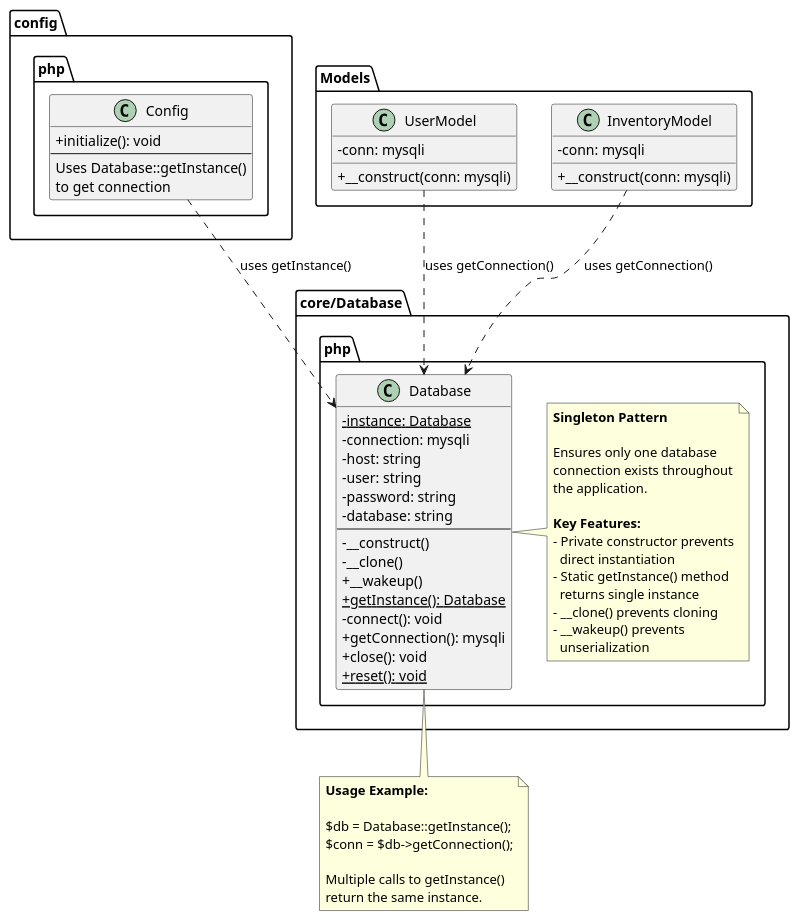
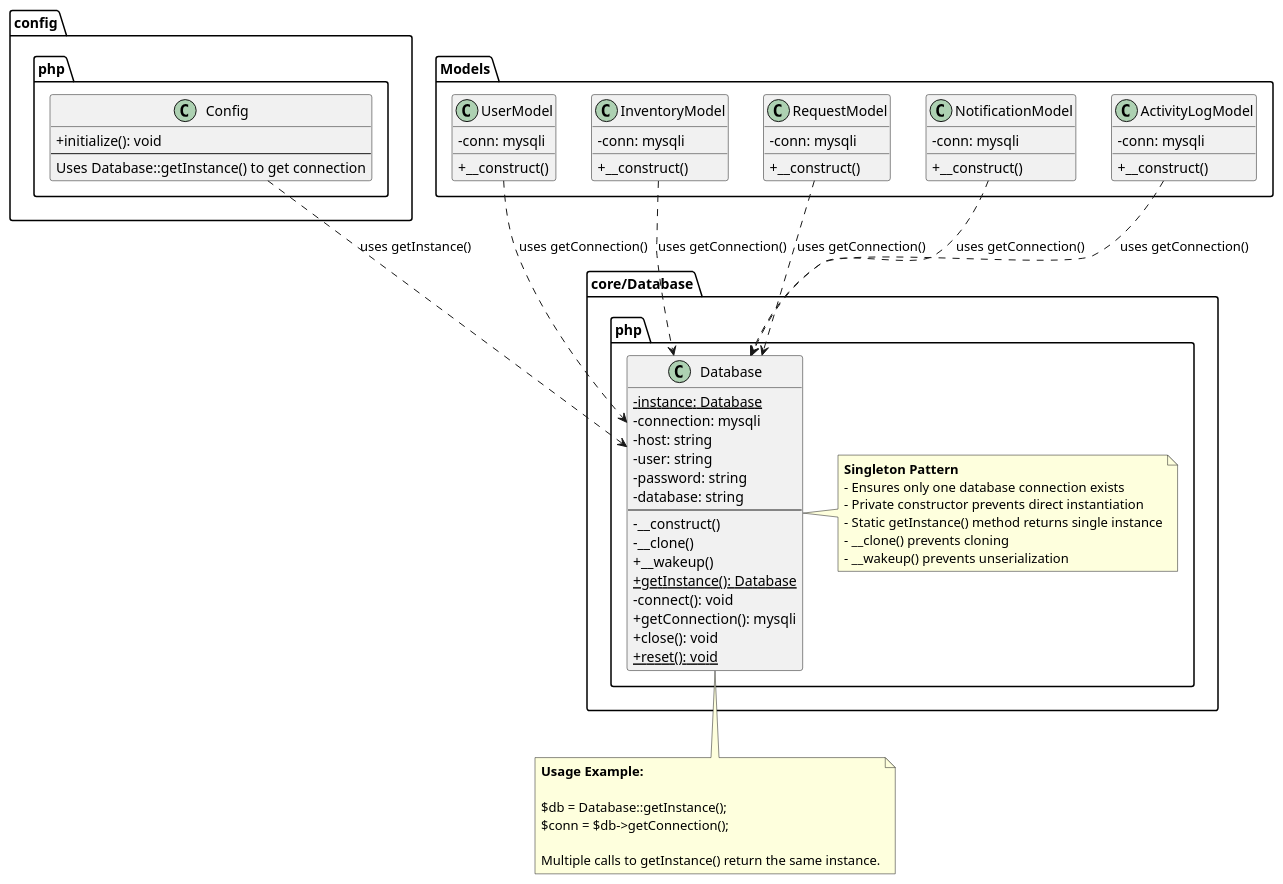
Before and after one commit to AliMoh407/SWE-Project-1: the diagram in uml/singleton_pattern.puml, drawn with PlantUML.

Commit message:
Singelton Model UML fix

```diff
--- a/uml/singleton_pattern.puml
+++ b/uml/singleton_pattern.puml
@@ -1,80 +1,97 @@
 @startuml Singleton Pattern - Database Connection
 
 skinparam classAttributeIconSize 0
 skinparam shadowing false
 
+' --------------------------
+' Database Singleton
+' --------------------------
 package "core/Database.php" {
-    
     class Database {
         -{static} instance: Database
         -connection: mysqli
         -host: string
         -user: string
         -password: string
         -database: string
         --
         -__construct()
         -__clone()
         +__wakeup()
         +{static} getInstance(): Database
         -connect(): void
         +getConnection(): mysqli
         +close(): void
         +{static} reset(): void
     }
-    
+
     note right of Database
         **Singleton Pattern**
-        
-        Ensures only one database
-        connection exists throughout
-        the application.
-        
-        **Key Features:**
-        - Private constructor prevents
-          direct instantiation
-        - Static getInstance() method
-          returns single instance
+        - Ensures only one database connection exists
+        - Private constructor prevents direct instantiation
+        - Static getInstance() method returns single instance
         - __clone() prevents cloning
-        - __wakeup() prevents
-          unserialization
+        - __wakeup() prevents unserialization
     end note
 }
 
+' --------------------------
+' Config using Database
+' --------------------------
 package "config.php" {
     class Config {
         +initialize(): void
         --
-        Uses Database::getInstance()
-        to get connection
+        Uses Database::getInstance() to get connection
     }
-    
+
     Config ..> Database : uses getInstance()
 }
 
+' --------------------------
+' Models connected to Database
+' --------------------------
 package "Models" {
     class UserModel {
         -conn: mysqli
-        +__construct(conn: mysqli)
+        +__construct()
     }
-    
+
     class InventoryModel {
         -conn: mysqli
-        +__construct(conn: mysqli)
+        +__construct()
     }
-    
+
+    class RequestModel {
+        -conn: mysqli
+        +__construct()
+    }
+
+    class NotificationModel {
+        -conn: mysqli
+        +__construct()
+    }
+
+    class ActivityLogModel {
+        -conn: mysqli
+        +__construct()
+    }
+
+    ' Relationships
     UserModel ..> Database : uses getConnection()
     InventoryModel ..> Database : uses getConnection()
+    RequestModel ..> Database : uses getConnection()
+    NotificationModel ..> Database : uses getConnection()
+    ActivityLogModel ..> Database : uses getConnection()
 }
 
 note bottom of Database
     **Usage Example:**
     
     $db = Database::getInstance();
     $conn = $db->getConnection();
     
-    Multiple calls to getInstance()
-    return the same instance.
+    Multiple calls to getInstance() return the same instance.
 end note
 
 @enduml
```
